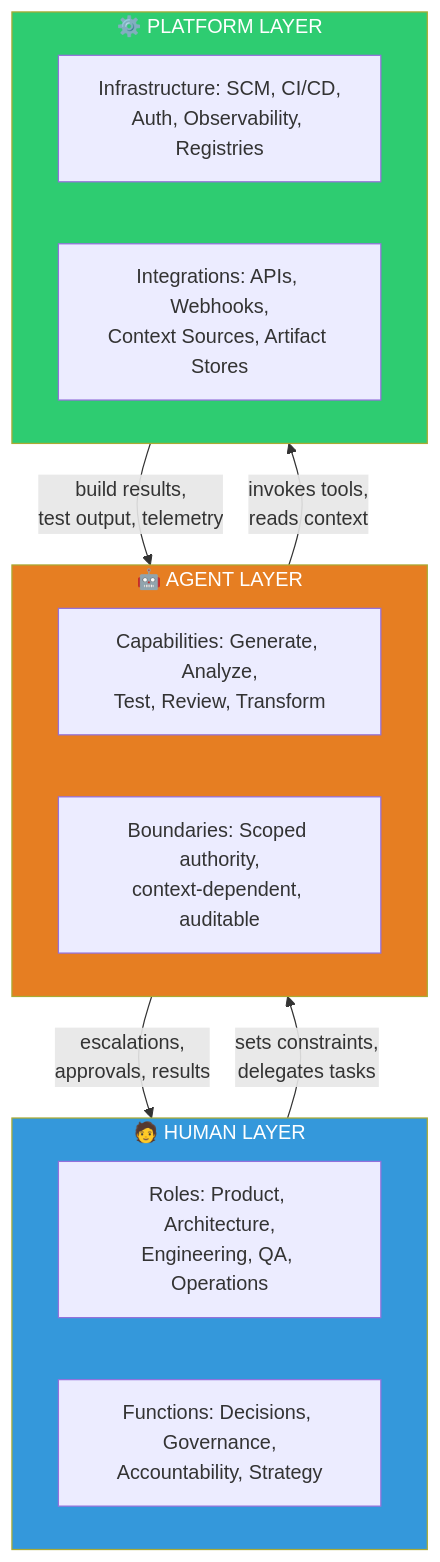
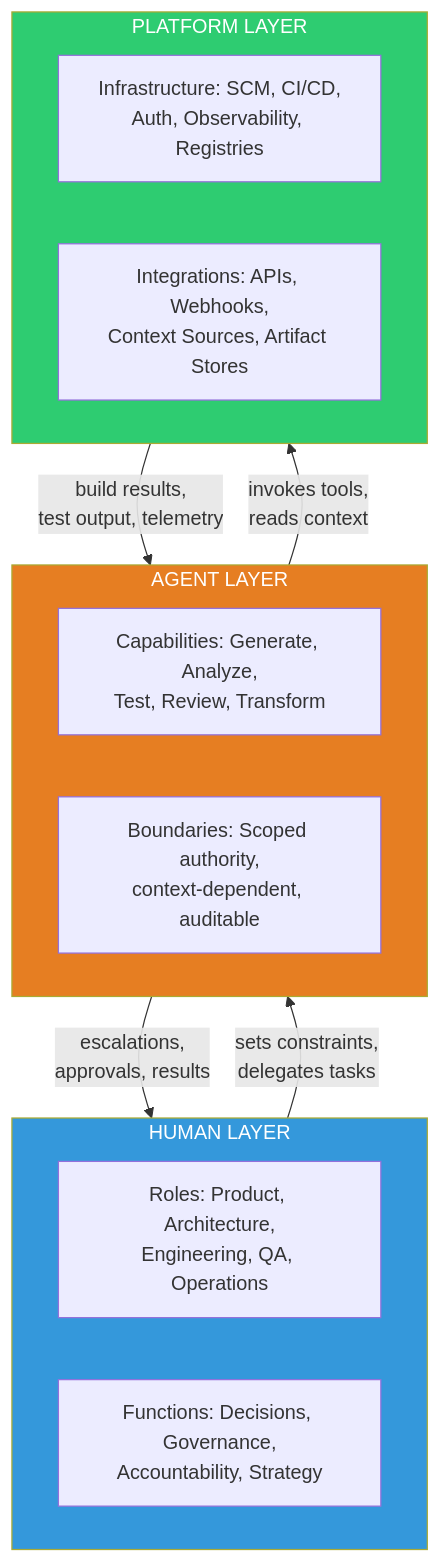
The first of 2 diagrams in handbook/ch04-the-reference-architecture.qmd (danielmeppiel/agentic-sdlc-handbook), drawn with Mermaid before and after one commit. The commit also changed other lines of this file and 14 other files, not shown here.

````diff
--- a/handbook/ch04-the-reference-architecture.qmd
+++ b/handbook/ch04-the-reference-architecture.qmd
@@ -21,30 +23,30 @@
 ```{mermaid}
-%%| fig-width: 7
+%%| fig-width: 8.5
 flowchart TB
-    subgraph HUMAN ["🧑 HUMAN LAYER"]
+    subgraph HUMAN ["HUMAN LAYER"]
         direction LR
         HR["Roles: Product, Architecture,<br/>Engineering, QA, Operations"]
         HF["Functions: Decisions, Governance,<br/>Accountability, Strategy"]
     end
 
-    subgraph AGENT ["🤖 AGENT LAYER"]
+    subgraph AGENT ["AGENT LAYER"]
         direction LR
         AC["Capabilities: Generate, Analyze,<br/>Test, Review, Transform"]
         AB["Boundaries: Scoped authority,<br/>context-dependent, auditable"]
     end
 
-    subgraph PLATFORM ["⚙️ PLATFORM LAYER"]
+    subgraph PLATFORM ["PLATFORM LAYER"]
         direction LR
         PI["Infrastructure: SCM, CI/CD,<br/>Auth, Observability, Registries"]
         PN["Integrations: APIs, Webhooks,<br/>Context Sources, Artifact Stores"]
     end
 
     HUMAN -- "sets constraints,<br/>delegates tasks" --> AGENT
     AGENT -- "escalations,<br/>approvals, results" --> HUMAN
     AGENT -- "invokes tools,<br/>reads context" --> PLATFORM
     PLATFORM -- "build results,<br/>test output, telemetry" --> AGENT
 
     style HUMAN fill:#3498db,color:#fff
     style AGENT fill:#e67e22,color:#fff
     style PLATFORM fill:#2ecc71,color:#fff
 ```
````
